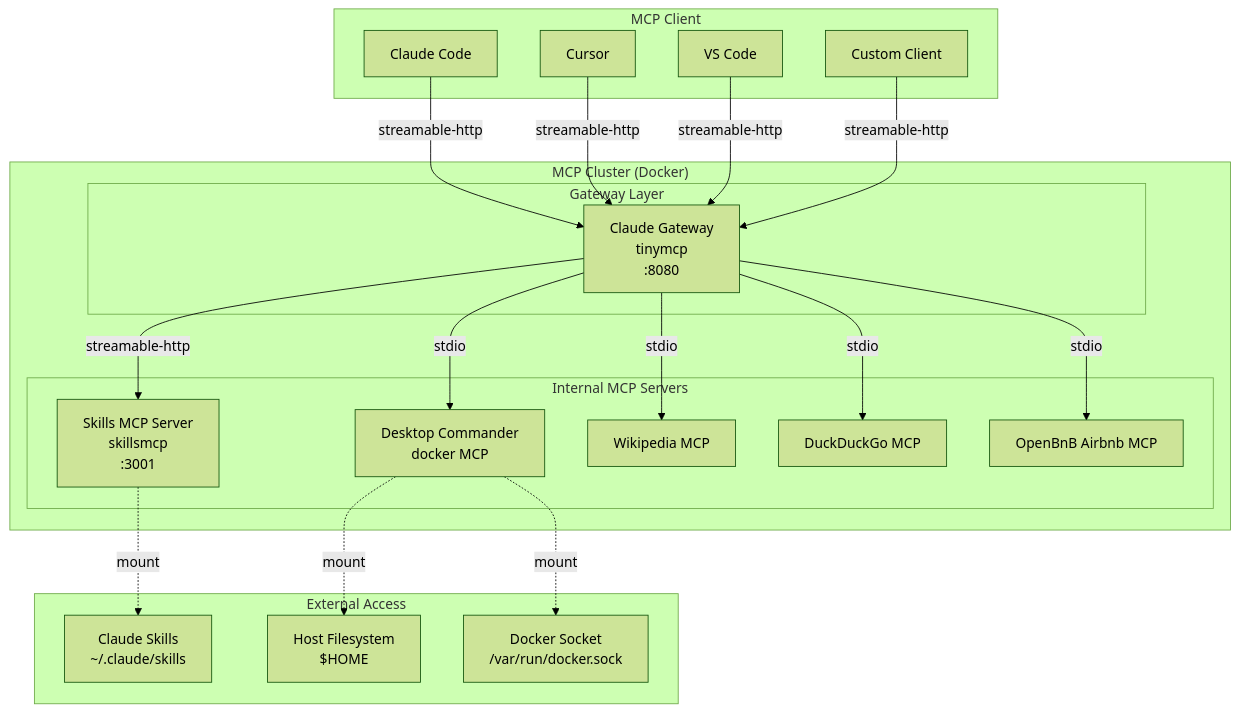
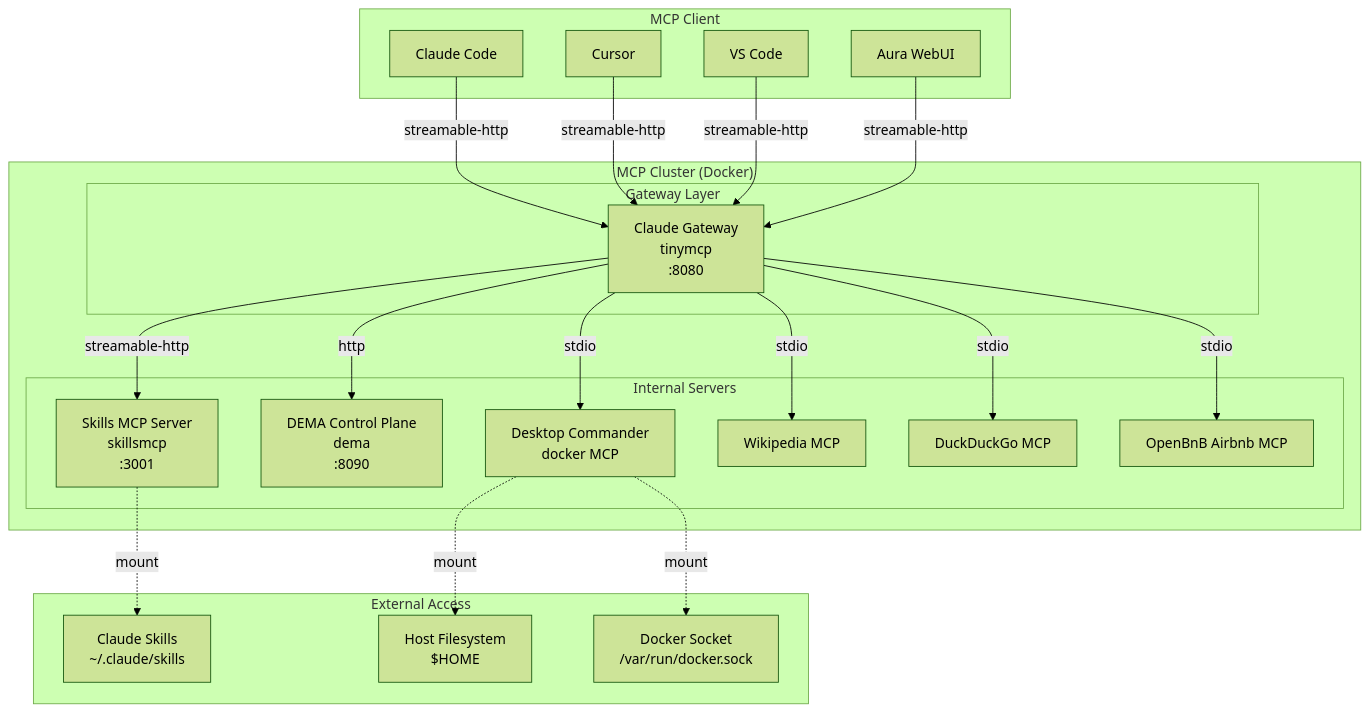
Before and after one commit to massimorofi/aiplay: the diagram in README.md, drawn with Mermaid (forest theme). The commit also changed other lines of this file and 5 other files, not shown here.

Commit message:
added dema MCP Control plane

````diff
--- a/README.md
+++ b/README.md
@@ -9,44 +9,46 @@
 ```mermaid
 graph TB
     subgraph "MCP Client"
         C1[Claude Code]
         C2[Cursor]
         C3[VS Code]
-        C4[Custom Client]
+        C4[Aura WebUI]
     end
 
     subgraph "MCP Cluster (Docker)"
         subgraph "Gateway Layer"
             GW[Claude Gateway\ntinymcp\n:8080]
         end
 
-        subgraph "Internal MCP Servers"
+        subgraph "Internal Servers"
             SK[Skills MCP Server\nskillsmcp\n:3001]
+            DM[DEMA Control Plane\ndema\n:8090]
             DC[Desktop Commander\ndocker MCP]
             WP[Wikipedia MCP]
             DD[DuckDuckGo MCP]
             AB[OpenBnB Airbnb MCP]
         end
     end
 
     C1 -->|streamable-http| GW
     C2 -->|streamable-http| GW
     C3 -->|streamable-http| GW
     C4 -->|streamable-http| GW
 
     GW -->|streamable-http| SK
+    GW -->|http| DM
     GW -->|stdio| DC
     GW -->|stdio| WP
     GW -->|stdio| DD
     GW -->|stdio| AB
 
     subgraph "External Access"
         SK2[Claude Skills\n~/.claude/skills]
         DC2[Host Filesystem\n$HOME]
         DC3[Docker Socket\n/var/run/docker.sock]
     end
 
     SK -.->|mount| SK2
     DC -.->|mount| DC2
     DC -.->|mount| DC3
 ```
````
